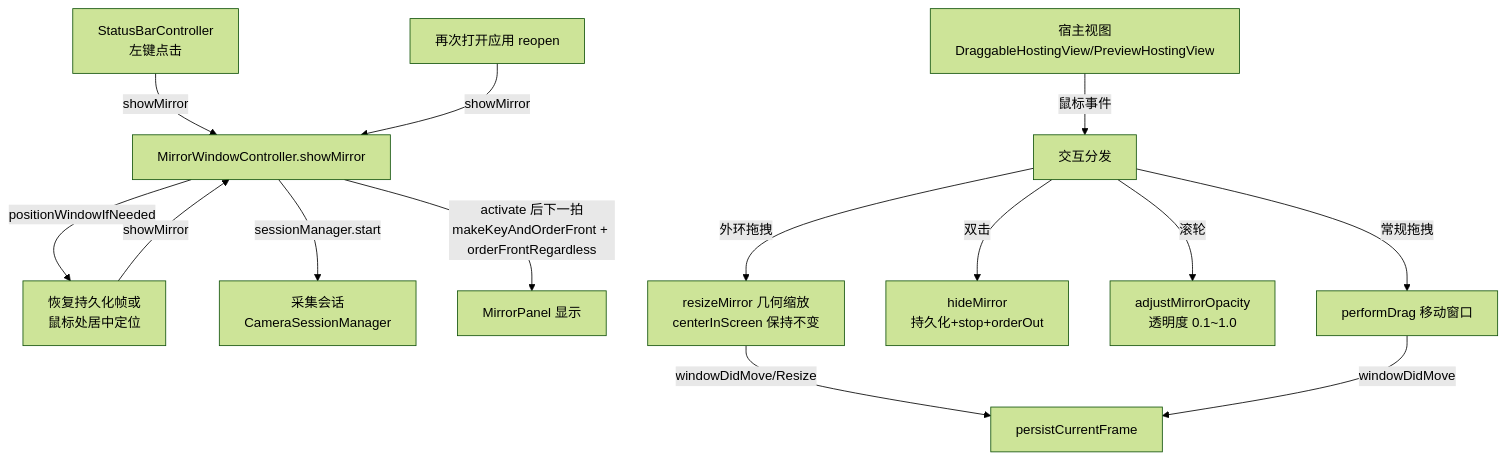
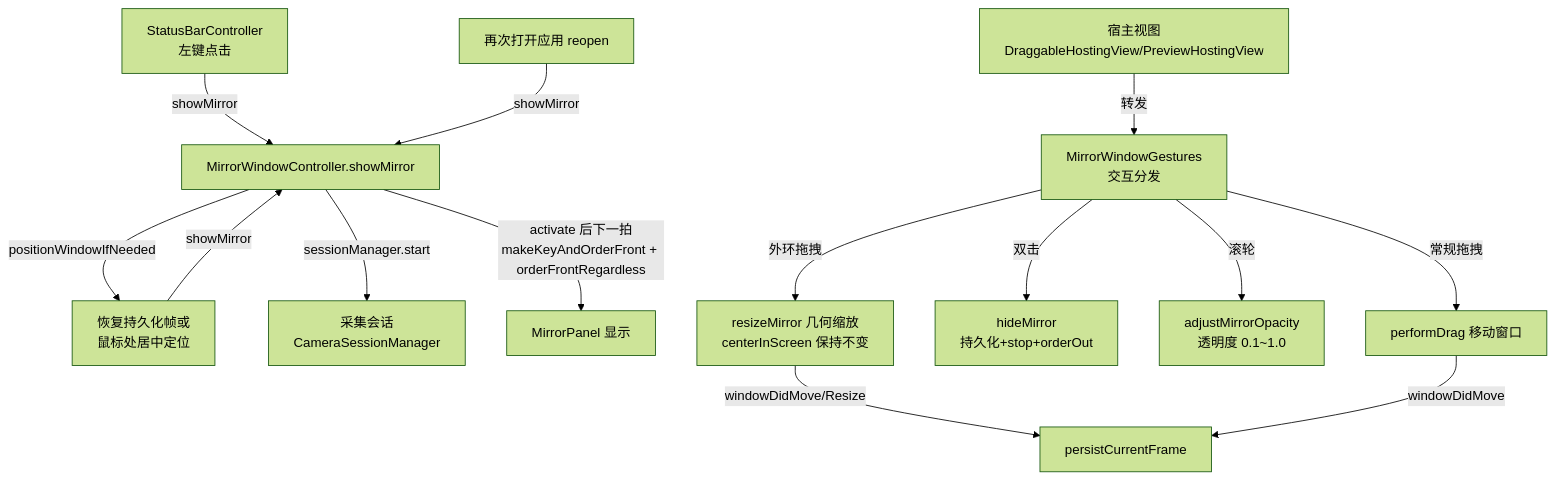
One commit to x0c/Mirror changed the first of 3 diagrams in docs/MIRROR_WINDOW_KNOWLEDGE_BASE.md. Above: the diagram before and after it, drawn with Mermaid (forest theme). The commit also changed other lines of this file and 4 other files, not shown here.

First line of the commit message:
仓内合并镜像窗拖拽与缩放手势到 MirrorWindowGestures。

````diff
--- a/docs/MIRROR_WINDOW_KNOWLEDGE_BASE.md
+++ b/docs/MIRROR_WINDOW_KNOWLEDGE_BASE.md
@@ -46,16 +46,16 @@
 ```mermaid
 graph TD
     A[StatusBarController<br/>左键点击] -->|showMirror| B[MirrorWindowController.showMirror]
     C[再次打开应用 reopen] -->|showMirror| B
     D[菜单栏左键 / 菜单显示镜像] -->|showMirror| B
     B -->|positionWindowIfNeeded| D[恢复持久化帧或<br/>鼠标处居中定位]
     B -->|sessionManager.start| E[采集会话<br/>CameraSessionManager]
     B -->|activate 后下一拍<br/>makeKeyAndOrderFront + orderFrontRegardless| F[MirrorPanel 显示]
-    G[宿主视图<br/>DraggableHostingView/PreviewHostingView] -->|鼠标事件| H[交互分发]
+    G[宿主视图<br/>DraggableHostingView/PreviewHostingView] -->|转发| H[MirrorWindowGestures<br/>交互分发]
     H -->|外环拖拽| I[resizeMirror 几何缩放<br/>centerInScreen 保持不变]
     H -->|双击| J[hideMirror<br/>持久化+stop+orderOut]
     H -->|滚轮| K[adjustMirrorOpacity<br/>透明度 0.1~1.0]
     H -->|常规拖拽| L[performDrag 移动窗口]
     I -->|windowDidMove/Resize| M[persistCurrentFrame]
     L -->|windowDidMove| M
 ```
````
